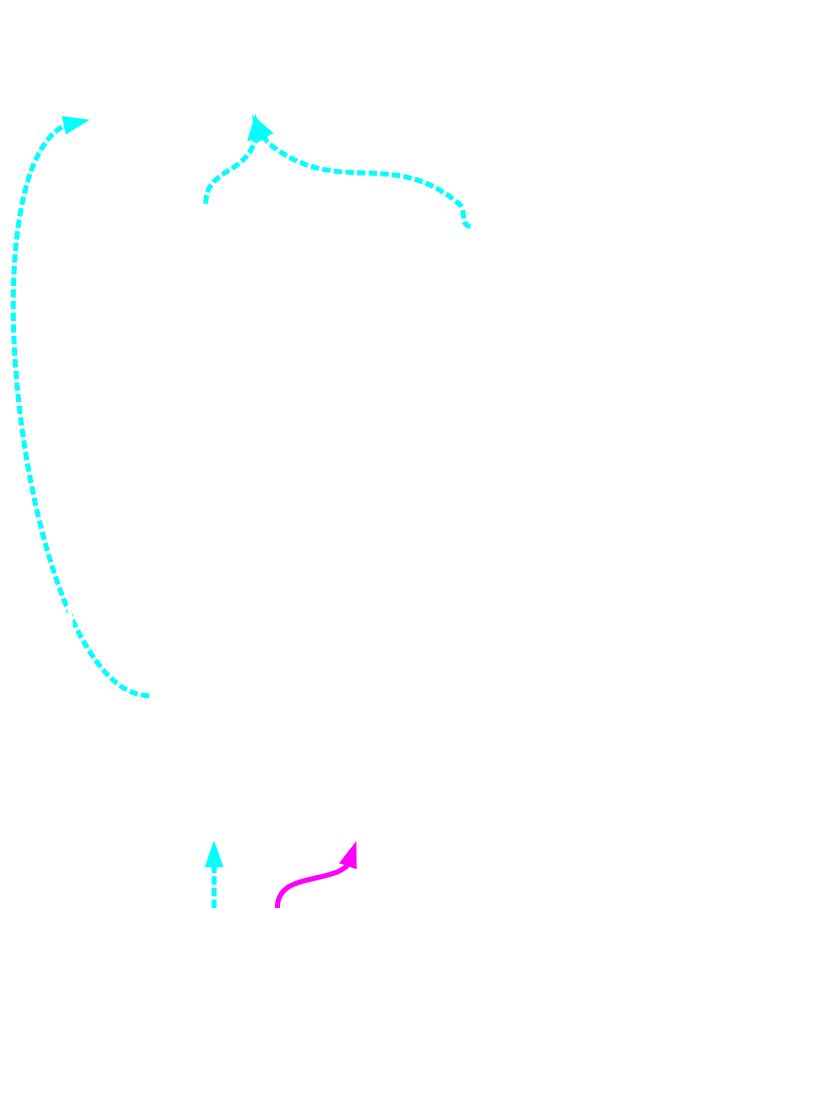
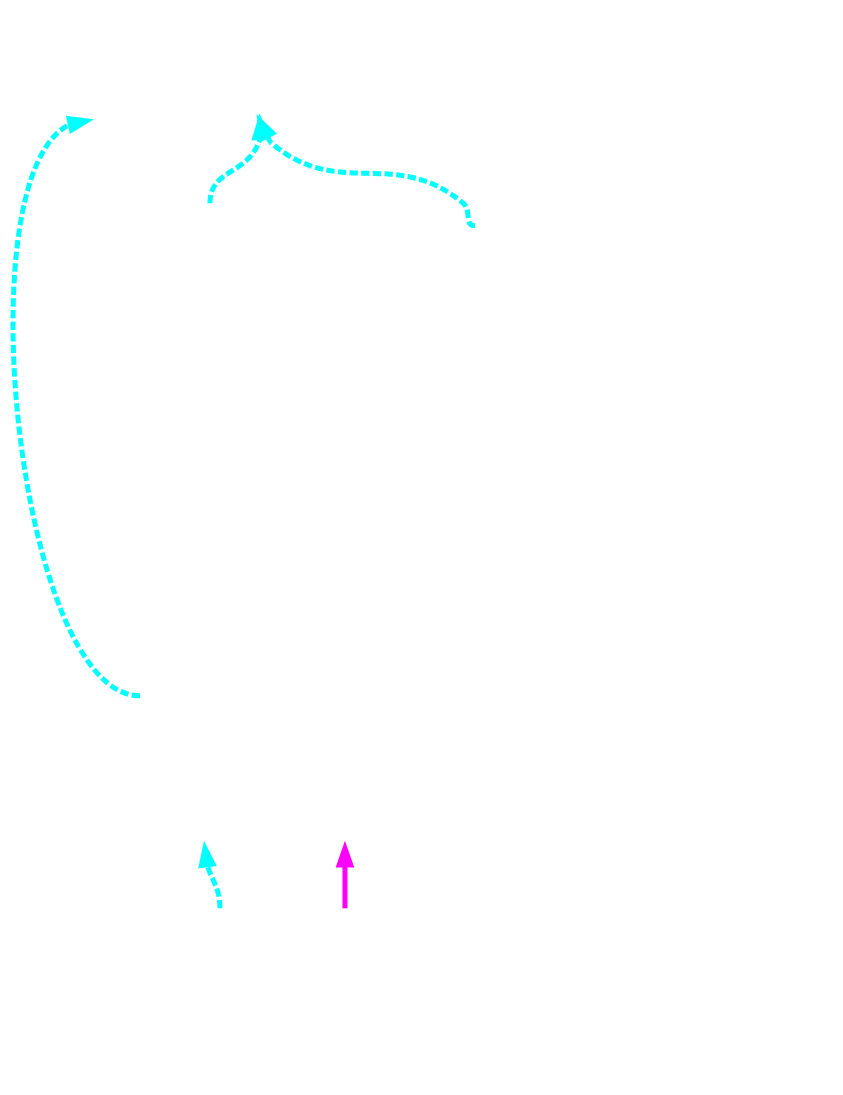
One commit to frasercrmck/llvm-leg changed the diagram in docs/Codeplay/examples/ex1b/ex1b-post-isel.dot. Above: the diagram before and after it, drawn with Graphviz. The commit also changed 2 other files, not shown here.

Commit message:
Swap RET operands to make comparing the DAGs easier.

```diff
--- a/docs/Codeplay/examples/ex1b/ex1b-post-isel.dot
+++ b/docs/Codeplay/examples/ex1b/ex1b-post-isel.dot
@@ -1,26 +1,26 @@
 digraph "scheduler input for foo:" {
 	rankdir="BT";
 	bgcolor="transparent";
 
 	Node0x3f8a010 [shape=record,shape=Mrecord,label="{EntryToken|0x3f8a010|{<d0>ch}}", penwidth=3,color="white",fontname="Calibri",fontsize=16,fontcolor="white"];
 	Node0x3fb3e50 [shape=record,shape=Mrecord,label="{Register %vreg0|0x3fb3e50|{<d0>i32}}", penwidth=3,color="white",fontname="Calibri",fontsize=16,fontcolor="white"];
 	Node0x3fb4060 [shape=record,shape=Mrecord,label="{Register %vreg1|0x3fb4060|{<d0>i32}}", penwidth=3,color="white",fontname="Calibri",fontsize=16,fontcolor="white"];
 	Node0x3fb4378 [shape=record,shape=Mrecord,label="{Register %R0|0x3fb4378|{<d0>i32}}", penwidth=3,color="white",fontname="Calibri",fontsize=16,fontcolor="white"];
 	Node0x3fb3f58 [shape=record,shape=Mrecord,label="{{<s0>0|<s1>1}|CopyFromReg [ORD=1]|0x3fb3f58|{<d0>i32|<d1>ch}}", penwidth=3,color="white",fontname="Calibri",fontsize=16,fontcolor="white"];
 	Node0x3fb3f58:s0 -> Node0x3f8a010:d0[style=dashed, penwidth=3,color="cyan",fontname="Calibri",fontsize=16,fontcolor="white"];
 	Node0x3fb3f58:s1 -> Node0x3fb3e50:d0[penwidth=3,color="white",fontname="Calibri",fontsize=16,fontcolor="white"];
 	Node0x3fb4168 [shape=record,shape=Mrecord,label="{{<s0>0|<s1>1}|CopyFromReg [ORD=1]|0x3fb4168|{<d0>i32|<d1>ch}}", penwidth=3,color="white",fontname="Calibri",fontsize=16,fontcolor="white"];
 	Node0x3fb4168:s0 -> Node0x3f8a010:d0[style=dashed, penwidth=3,color="cyan",fontname="Calibri",fontsize=16,fontcolor="white"];
 	Node0x3fb4168:s1 -> Node0x3fb4060:d0[penwidth=3,color="white",fontname="Calibri",fontsize=16,fontcolor="white"];
 	Node0x3fb4270 [shape=record,shape=Mrecord,label="{{<s0>0|<s1>1}|ADDrr [ORD=2]|0x3fb4270|{<d0>i32}}", penwidth=3,color="white",fontname="Calibri",fontsize=16,fontcolor="white"];
 	Node0x3fb4270:s0 -> Node0x3fb3f58:d0[penwidth=3,color="white",fontname="Calibri",fontsize=16,fontcolor="white"];
 	Node0x3fb4270:s1 -> Node0x3fb4168:d0[penwidth=3,color="white",fontname="Calibri",fontsize=16,fontcolor="white"];
 	Node0x3fb4480 [shape=record,shape=Mrecord,label="{{<s0>0|<s1>2|<s2>1}|CopyToReg [ORD=3]|0x3fb4480|{<d0>ch|<d1>glue}}", penwidth=3,color="white",fontname="Calibri",fontsize=16,fontcolor="white"];
 	Node0x3fb4480:s0 -> Node0x3f8a010:d0[style=dashed, penwidth=3,color="cyan",fontname="Calibri",fontsize=16,fontcolor="white"];
 	Node0x3fb4480:s2 -> Node0x3fb4378:d0[penwidth=3,color="white",fontname="Calibri",fontsize=16,fontcolor="white"];
 	Node0x3fb4480:s1 -> Node0x3fb4270:d0[penwidth=3,color="white",fontname="Calibri",fontsize=16,fontcolor="white"];
-	Node0x3fb4588 [shape=record,shape=Mrecord,label="{{<s0>0|<s1>1|<s2>2}|RET [ORD=3]|0x3fb4588|{<d0>ch}}", penwidth=3,color="white",fontname="Calibri",fontsize=16,fontcolor="white"];
-	Node0x3fb4588:s0 -> Node0x3fb4378:d0[penwidth=3,color="white",fontname="Calibri",fontsize=16,fontcolor="white"];
-	Node0x3fb4588:s1 -> Node0x3fb4480:d0[style=dashed, penwidth=3,color="cyan",fontname="Calibri",fontsize=16,fontcolor="white"];
+	Node0x3fb4588 [shape=record,shape=Mrecord,label="{{<s0>1|<s1>0|<s2>2}|RET [ORD=3]|0x3fb4588|{<d0>ch}}", penwidth=3,color="white",fontname="Calibri",fontsize=16,fontcolor="white"];
+	Node0x3fb4588:s1 -> Node0x3fb4378:d0[penwidth=3,color="white",fontname="Calibri",fontsize=16,fontcolor="white"];
+	Node0x3fb4588:s0 -> Node0x3fb4480:d0[style=dashed, penwidth=3,color="cyan",fontname="Calibri",fontsize=16,fontcolor="white"];
 	Node0x3fb4588:s2 -> Node0x3fb4480:d1[style=bold, penwidth=3,color="magenta",fontname="Calibri",fontsize=16,fontcolor="white"];
 }
```
